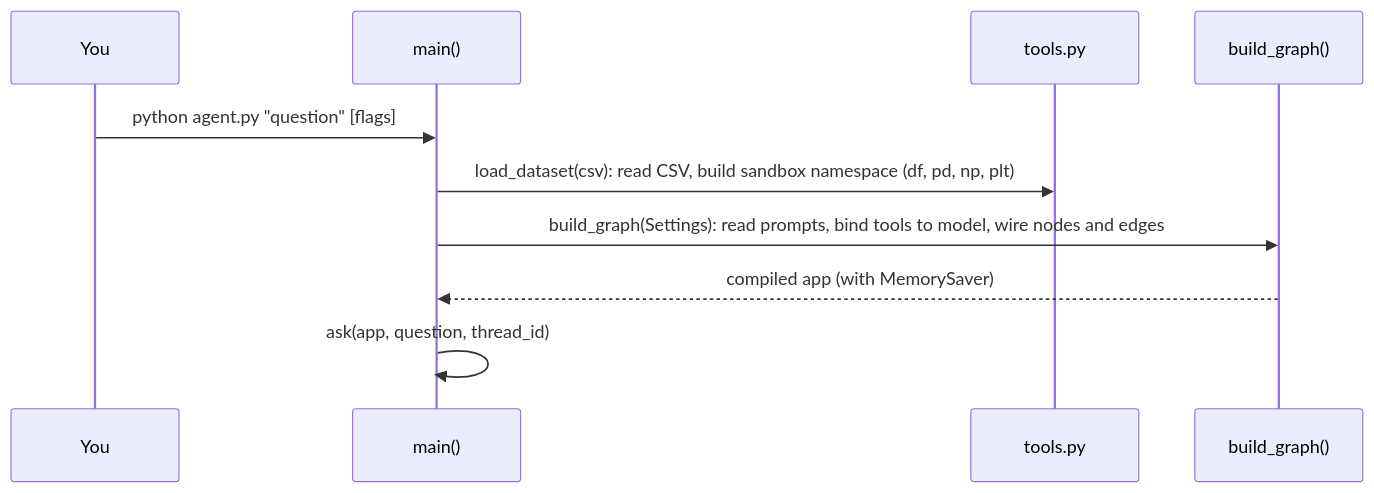
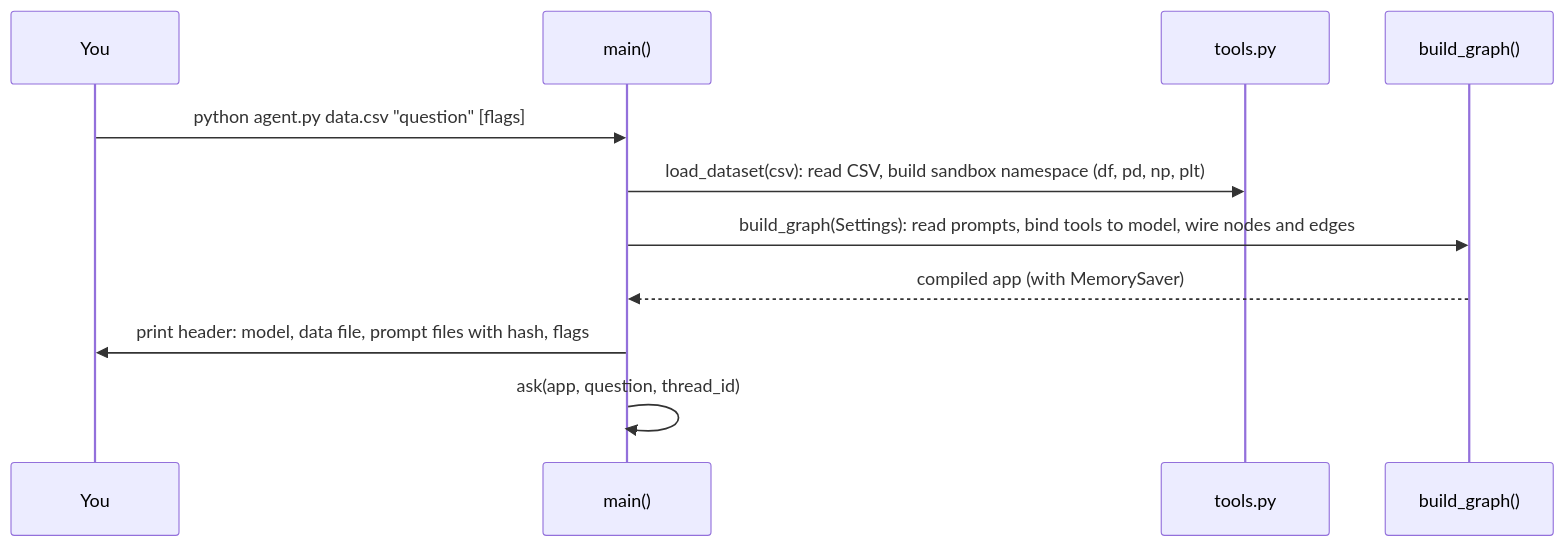
One commit to sztistvan/agentic-loop-explained changed the second of 2 diagrams in docs/06-architecture.md. Above: the diagram before and after it, drawn with Mermaid. The commit also changed other lines of this file and 23 other files, not shown here.

First line of the commit message:
Add factory dataset, run header, on-request reports, and chart-path guard

````diff
--- a/docs/06-architecture.md
+++ b/docs/06-architecture.md
@@ -29,12 +29,13 @@
 ```mermaid
 sequenceDiagram
     participant U as You
     participant M as main()
     participant T as tools.py
     participant G as build_graph()
-    U->>M: python agent.py "question" [flags]
+    U->>M: python agent.py data.csv "question" [flags]
     M->>T: load_dataset(csv): read CSV, build sandbox namespace (df, pd, np, plt)
     M->>G: build_graph(Settings): read prompts, bind tools to model, wire nodes and edges
     G-->>M: compiled app (with MemorySaver)
+    M->>U: print header: model, data file, prompt files with hash, flags
     M->>M: ask(app, question, thread_id)
 ```
````
